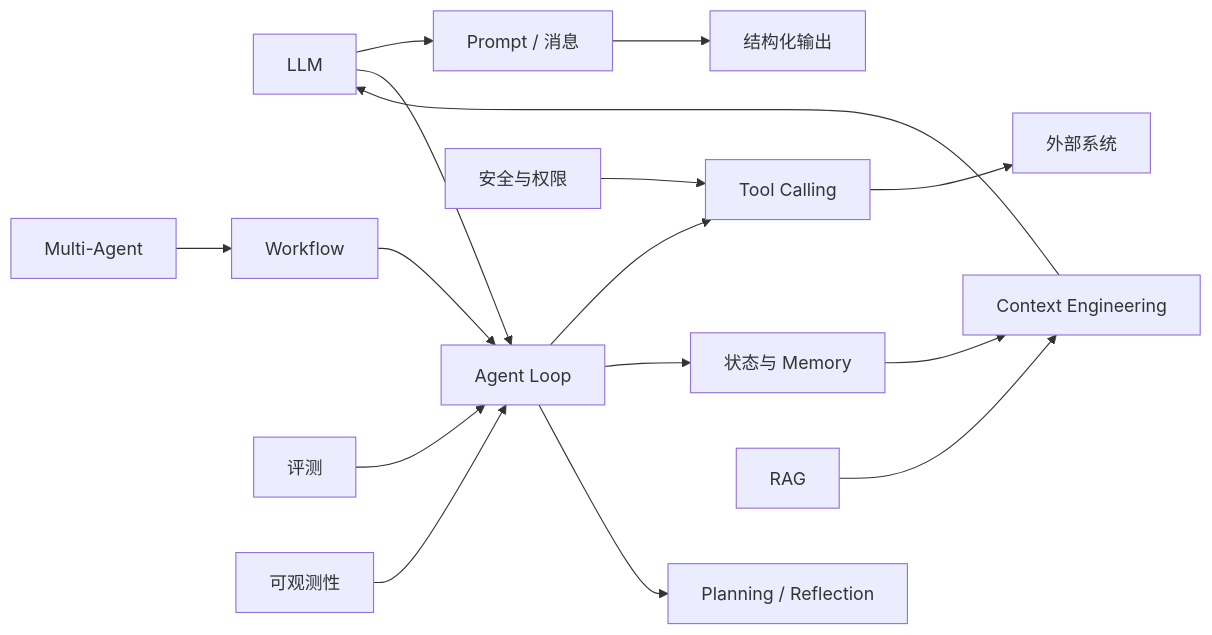
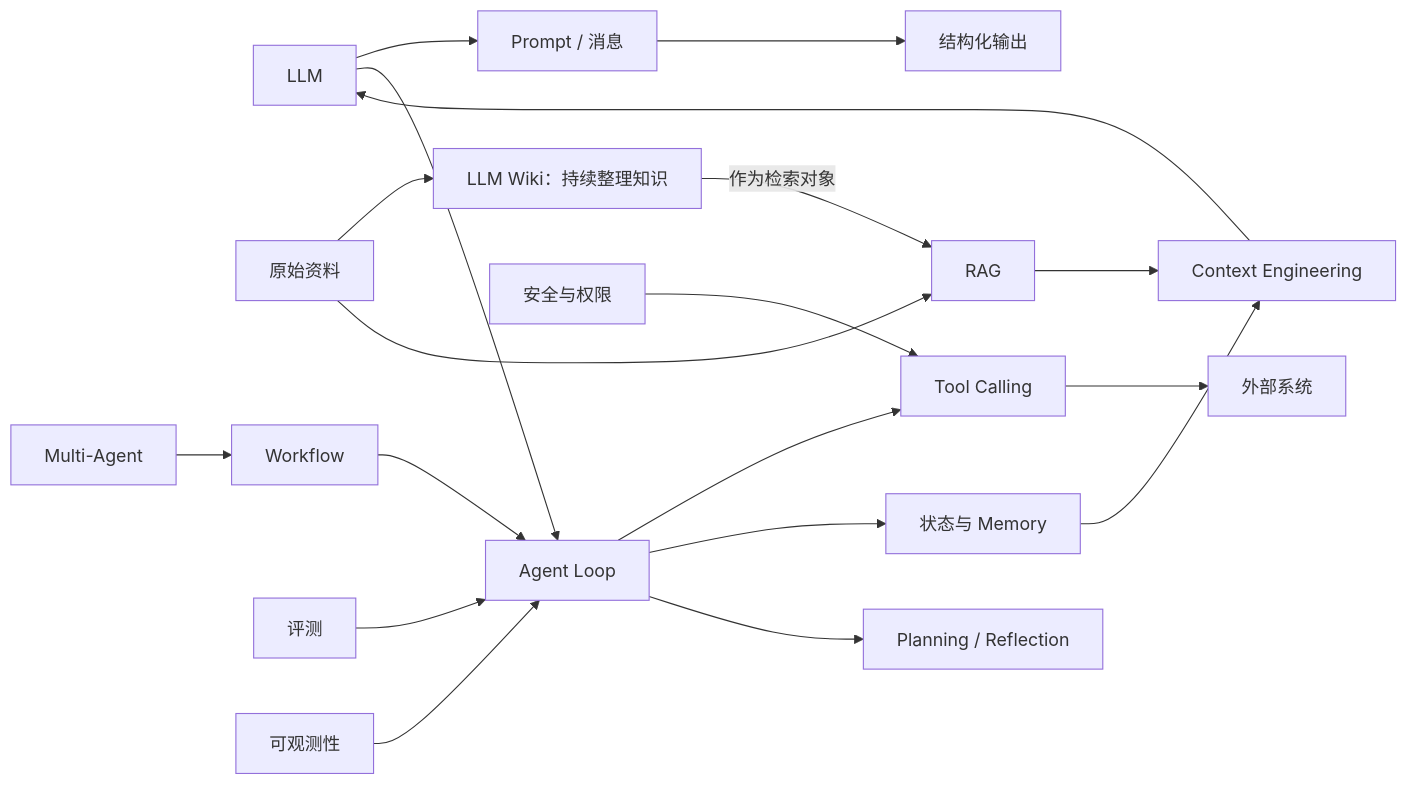
Before and after one commit to yuyangjian-ai/ai-agent-learning-vault: the first of 2 diagrams in 00-首页/知识地图.md, drawn with Mermaid. The commit also changed other lines of this file and 28 other files, not shown here.

Commit message:
docs: 补充 LLM Wiki 教程与无向量练习并完善学习导航

````diff
--- a/00-首页/知识地图.md
+++ b/00-首页/知识地图.md
@@ -12,18 +12,21 @@
 ```mermaid
 flowchart LR
     LLM["LLM"] --> Prompt["Prompt / 消息"]
     Prompt --> Output["结构化输出"]
     LLM --> Loop["Agent Loop"]
     Loop --> Tools["Tool Calling"]
     Loop --> State["状态与 Memory"]
     Loop --> Plan["Planning / Reflection"]
     RAG["RAG"] --> Context["Context Engineering"]
+    Sources["原始资料"] --> Wiki["LLM Wiki：持续整理知识"]
+    Sources --> RAG
+    Wiki -->|作为检索对象| RAG
     State --> Context
     Context --> LLM
     Tools --> External["外部系统"]
     Workflow["Workflow"] --> Loop
     Multi["Multi-Agent"] --> Workflow
     Eval["评测"] --> Loop
     Safety["安全与权限"] --> Tools
     Observe["可观测性"] --> Loop
 ```
````
